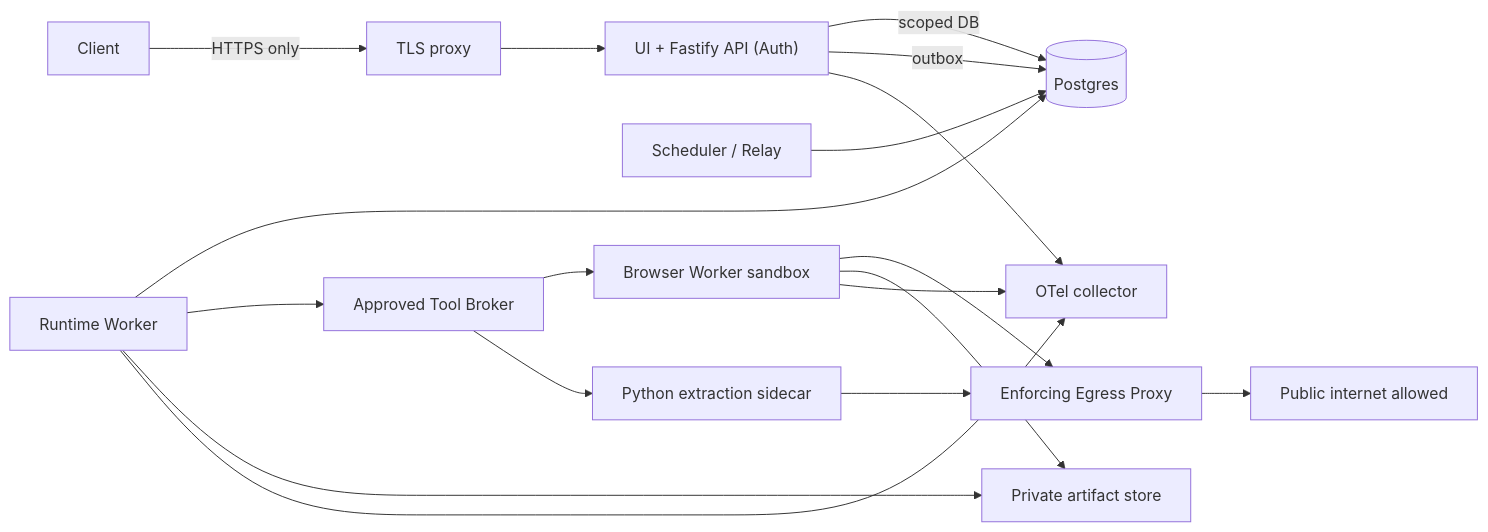
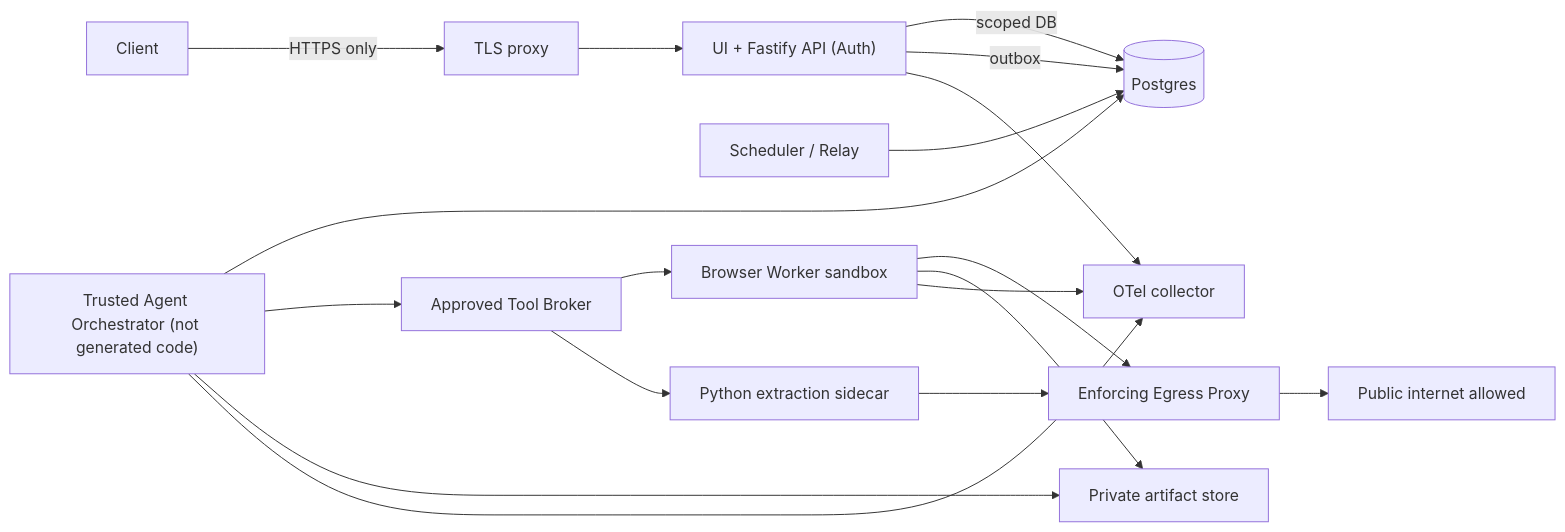
Before and after one commit to choko510/aiagent-md: the diagram in docs/10-infrastructure/docker-deployment.md, drawn with Mermaid. The commit also changed other lines of this file and 7 other files, not shown here.

````diff
--- a/docs/10-infrastructure/docker-deployment.md
+++ b/docs/10-infrastructure/docker-deployment.md
@@ -48,20 +48,20 @@
 ```mermaid
 flowchart LR
   Public["Client"] -->|"HTTPS only"| Proxy["TLS proxy"]
   Proxy --> API["UI + Fastify API (Auth)"]
   API -->|"scoped DB"| PG[(Postgres)]
   API -->|"outbox"| PG
-  Worker["Runtime Worker"] --> PG
+  Worker["Trusted Agent Orchestrator (not generated code)"] --> PG
   Scheduler["Scheduler / Relay"] --> PG
   Worker --> Broker["Approved Tool Broker"]
   Broker --> Browser["Browser Worker sandbox"]
   Broker --> Extract["Python extraction sidecar"]
   Browser --> Egress["Enforcing Egress Proxy"]
   Extract --> Egress
   Egress --> Internet["Public internet allowed"]
   Browser --> Artifacts["Private artifact store"]
   Worker --> Artifacts
   API --> Telemetry["OTel collector"]
   Worker --> Telemetry
   Browser --> Telemetry
 ```
````
